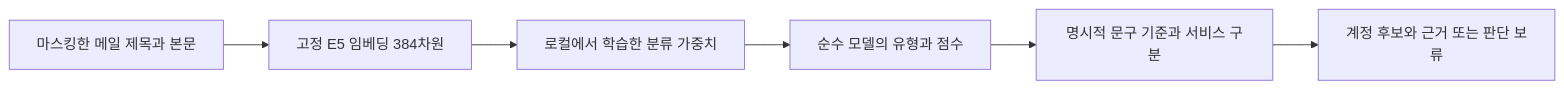
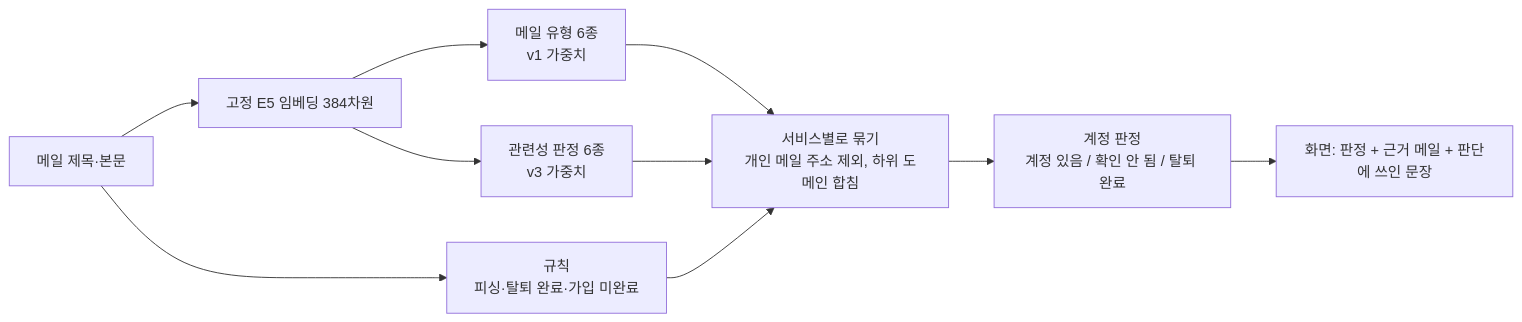
One commit to TEAM-CATHOLIC/eliceContest changed the diagram in docs/05_모델카드_학습근거.md. Above: the diagram before and after it, drawn with Mermaid. The commit also changed other lines of this file, not shown here.

````diff
--- a/docs/05_모델카드_학습근거.md
+++ b/docs/05_모델카드_학습근거.md
@@ -11,8 +22,12 @@
 ```mermaid
 flowchart LR
-    A[마스킹한 메일 제목과 본문] --> B[고정 E5 임베딩 384차원]
-    B --> C[로컬에서 학습한 분류 가중치]
-    C --> D[순수 모델의 유형과 점수]
-    D --> E[명시적 문구 기준과 서비스 구분]
-    E --> F[계정 후보와 근거 또는 판단 보류]
+    A[메일 제목·본문] --> B[고정 E5 임베딩 384차원]
+    B --> C1[메일 유형 6종<br/>v1 가중치]
+    B --> C2[관련성 판정 6종<br/>v3 가중치]
+    A --> R[규칙<br/>피싱·탈퇴 완료·가입 미완료]
+    C1 --> D[서비스별로 묶기<br/>개인 메일 주소 제외, 하위 도메인 합침]
+    C2 --> D
+    R --> D
+    D --> E[계정 판정<br/>계정 있음 / 확인 안 됨 / 탈퇴 완료]
+    E --> F[화면: 판정 + 근거 메일 + 판단에 쓰인 문장]
 ```
````
